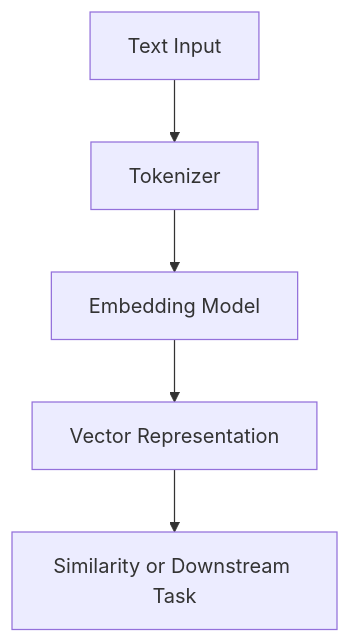
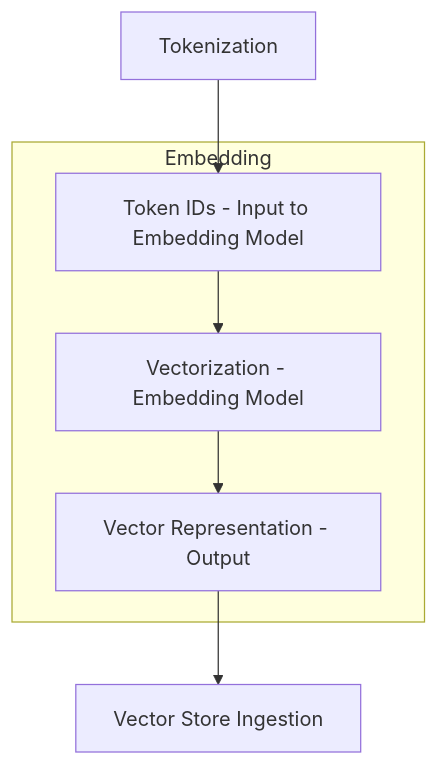
The second of 2 diagrams in 02-NLP-NLU-NLG-Comprehension/02-1-NLP-Processing-Language/02-1-4-Embeddings-Vectors.md (gil-son/llm-engineering-lab), drawn with Mermaid before and after one commit. The commit also changed other lines of this file, not shown here.

````diff
--- a/02-NLP-NLU-NLG-Comprehension/02-1-NLP-Processing-Language/02-1-4-Embeddings-Vectors.md
+++ b/02-NLP-NLU-NLG-Comprehension/02-1-NLP-Processing-Language/02-1-4-Embeddings-Vectors.md
@@ -58,7 +122,10 @@
 ```mermaid
 graph TD
-    A[Text Input] --> B[Tokenizer]
-    B --> C[Embedding Model]
-    C --> D[Vector Representation]
-    D --> E[Similarity or Downstream Task]
+    A[Tokenization] --> B[Token IDs - Input to Embedding Model]
+  %% ---------- Embedding ----------
+        subgraph Embedding
+      	B --> C[Vectorization - Embedding Model]
+        C --> D[Vector Representation - Output]
+      end
+        D --> E[Vector Store Ingestion]
 ```
````
